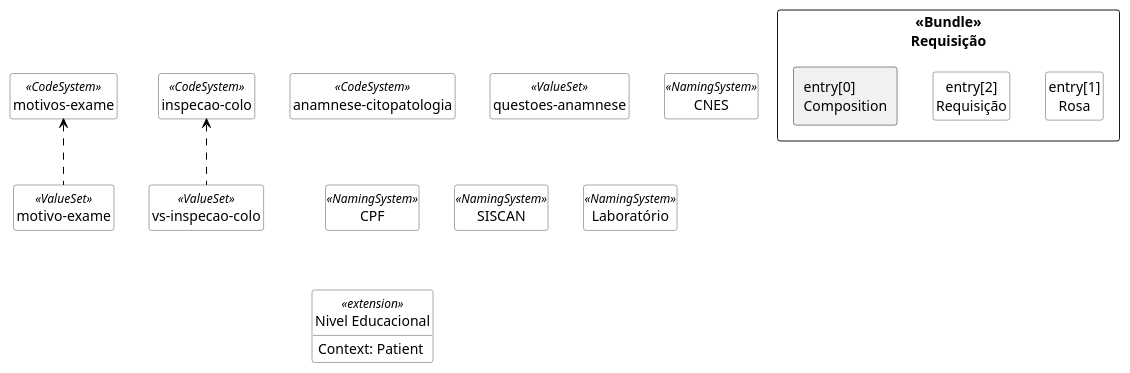
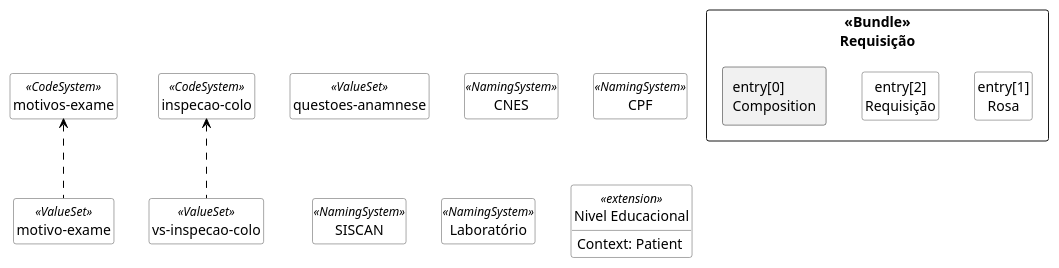
One commit to kyriosdata/farol changed the diagram in input/images-source/fhir.plantuml. Above: the diagram before and after it, drawn with PlantUML. The commit also changed 4 other files, not shown here.

```diff
--- a/input/images-source/fhir.plantuml
+++ b/input/images-source/fhir.plantuml
@@ -1,42 +1,41 @@
 @startuml fhir
 
 hide circle
 hide methods
 hide empty members
 
 skinparam class {
     BackgroundColor White
     ArrowColor Black
     BorderColor #505050
 }
 
-class "anamnese-citopatologia" as AnamneseCitopatologia <<CodeSystem>> {}
 class "inspecao-colo" as InspecaoColo <<CodeSystem>> {}
 class "motivos-exame" as MotivosExame <<CodeSystem>> {}
 class "vs-inspecao-colo" as VsInspecaoColo <<ValueSet>> {}
 class "motivo-exame" as MotivoExame <<ValueSet>> {}
 class "questoes-anamnese" as QuestoesAnamnese <<ValueSet>> {}
 
 VsInspecaoColo .up.> InspecaoColo
 MotivoExame .up.> MotivosExame
 
 class CNES <<NamingSystem>> {}
 class CPF <<NamingSystem>> {}
 class "SISCAN" as SiscanProtocolo <<NamingSystem>> {}
 class "Laboratório" as Laboratorio <<NamingSystem>> {}
 
 class "Nivel Educacional" as NivelEducacional <<extension>> {
     Context: Patient
 }
 
 package "<<Bundle>>\nRequisição" as Bundle <<Rectangle>> {
     package "entry[0]\nComposition" as Composition <<Rectangle>> {
 
     }
 
     class "entry[1]\nRosa" as paciente {}
     class "entry[2]\nRequisição" as requisicao {}
 }
 
 
 @enduml
```
